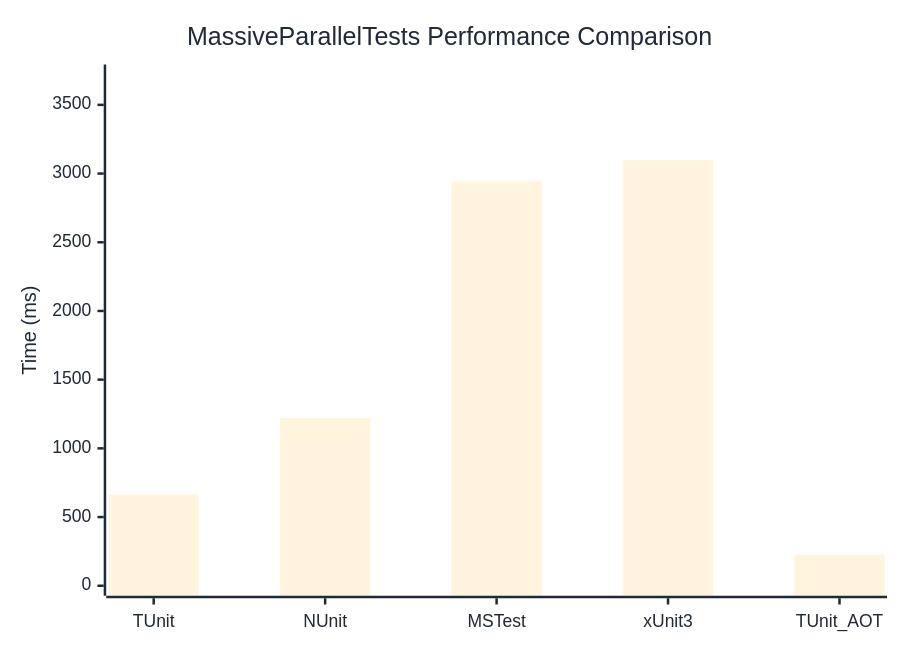
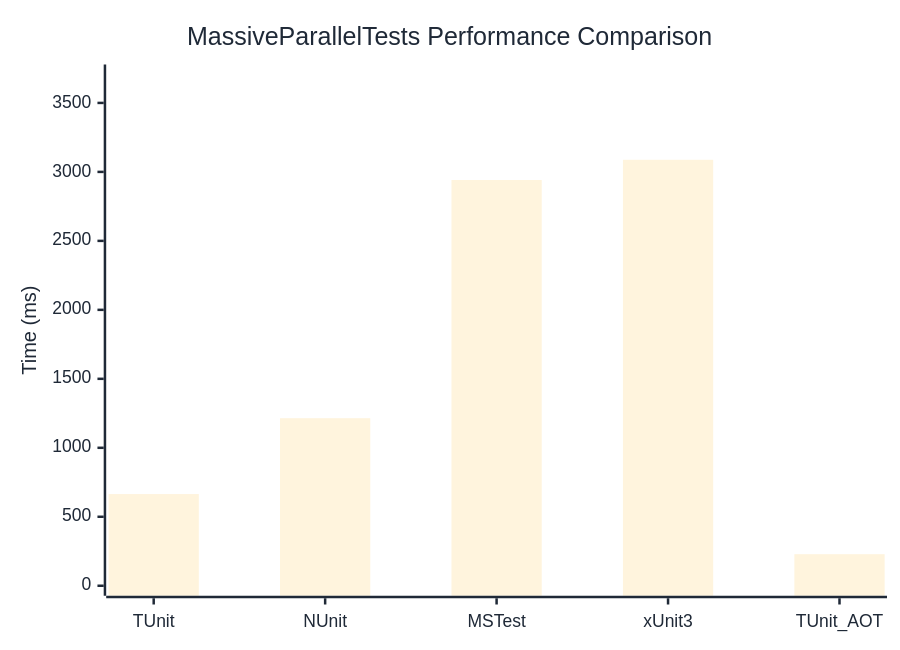
Before and after one commit to thomhurst/TUnit: the diagram in docs/docs/benchmarks/MassiveParallelTests.md, drawn with Mermaid. The commit also changed other lines of this file and 17 other files, not shown here.

````diff
--- a/docs/docs/benchmarks/MassiveParallelTests.md
+++ b/docs/docs/benchmarks/MassiveParallelTests.md
@@ -27,37 +27,37 @@
 ```mermaid
 %%{init: {
   'theme':'base',
   'themeVariables': {
     'primaryColor': '#2563eb',
     'primaryTextColor': '#1f2937',
     'primaryBorderColor': '#1e40af',
     'lineColor': '#6b7280',
     'secondaryColor': '#7c3aed',
     'tertiaryColor': '#dc2626',
     'background': '#ffffff',
     'mainBkg': '#2563eb',
     'secondBkg': '#7c3aed',
     'tertiaryBkg': '#dc2626',
     'clusterBkg': '#f3f4f6',
     'edgeLabelBackground': '#ffffff',
     'tertiaryTextColor': '#1f2937',
     'pie1': '#2563eb',
     'pie2': '#7c3aed',
     'pie3': '#dc2626',
     'pie4': '#f59e0b',
     'pie5': '#10b981',
     'pie6': '#06b6d4',
     'pie7': '#ec4899',
     'pie8': '#6366f1',
     'pie9': '#84cc16',
     'pie10': '#f97316',
     'pie11': '#14b8a6',
     'pie12': '#a855f7'
   }
 }}%%
 xychart-beta
   title "MassiveParallelTests Performance Comparison"
   x-axis ["TUnit", "NUnit", "MSTest", "xUnit3", "TUnit_AOT"]
-  y-axis "Time (ms)" 0 --> 3721
-  bar [664.2, 1221.2, 2943.6, 3100.4, 226.6]
+  y-axis "Time (ms)" 0 --> 3706
+  bar [664.6, 1214.6, 2941.1, 3087.7, 228.7]
 ```
````
